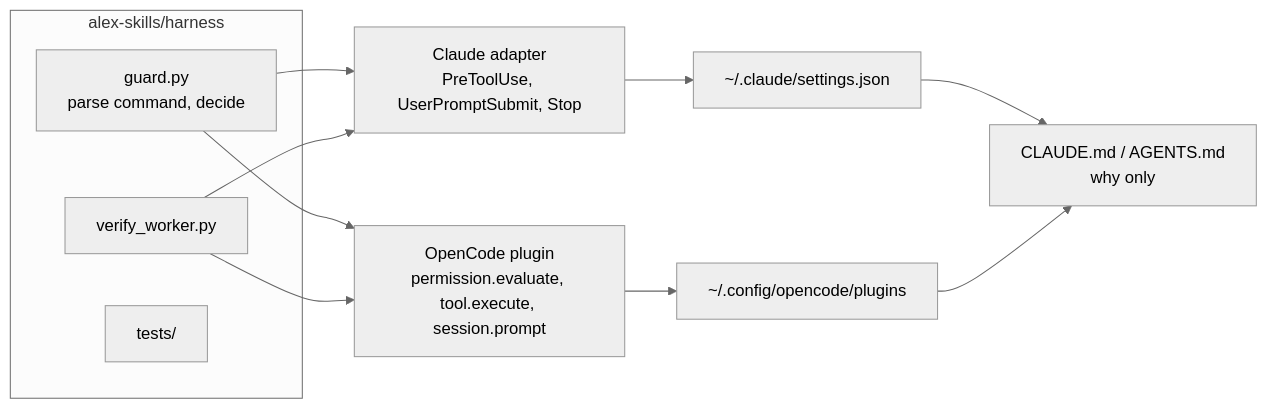
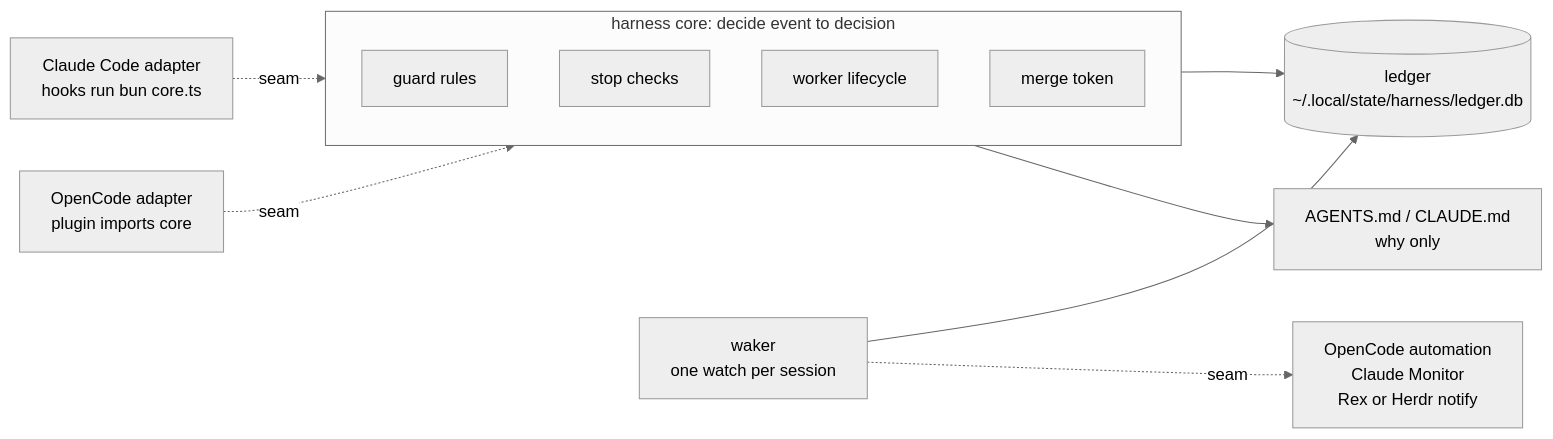
Before and after one commit to acastro2/alex-skills: the first of 5 diagrams in docs/specs/harness-evolution.md, drawn with Mermaid (neutral theme). The commit also changed other lines of this file, not shown here.

First line of the commit message:
docs(specs): harness plan rebuilt around core, ledger, lifecycle, waker

````diff
--- a/docs/specs/harness-evolution.md
+++ b/docs/specs/harness-evolution.md
@@ -49,16 +49,15 @@
 ```mermaid
 flowchart LR
-  subgraph alex-skills/harness
-    G[guard.py<br/>parse command, decide]
-    V[verify_worker.py]
-    T[tests/]
+  CC[Claude Code adapter<br/>hooks run bun core.ts] -. seam .-> CORE
+  OC[OpenCode adapter<br/>plugin imports core] -. seam .-> CORE
+  subgraph CORE[harness core: decide event to decision]
+    G[guard rules]
+    S[stop checks]
+    W[worker lifecycle]
+    T[merge token]
   end
-  G --> CA[Claude adapter<br/>PreToolUse, UserPromptSubmit, Stop]
-  G --> OA[OpenCode plugin<br/>permission.evaluate, tool.execute, session.prompt]
-  V --> CA
-  V --> OA
-  CA --> CS[~/.claude/settings.json]
-  OA --> OC[~/.config/opencode/plugins]
-  CS --> P[CLAUDE.md / AGENTS.md<br/>why only]
-  OC --> P
+  CORE --> L[(ledger<br/>~/.local/state/harness/ledger.db)]
+  K[waker<br/>one watch per session] --> L
+  K -. seam .-> KA[OpenCode automation<br/>Claude Monitor<br/>Rex or Herdr notify]
+  CORE --> P[AGENTS.md / CLAUDE.md<br/>why only]
 ```
````
